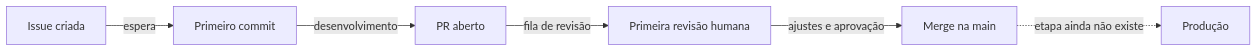
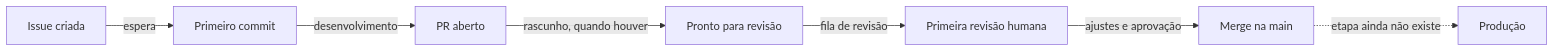
Before and after one commit to Pedrooarj/projeto-nativas: the diagram in docs/rascunhos/fluxo-de-valor.md, drawn with Mermaid. The commit also changed other lines of this file and 5 other files, not shown here.

````diff
--- a/docs/rascunhos/fluxo-de-valor.md
+++ b/docs/rascunhos/fluxo-de-valor.md
@@ -10,8 +10,9 @@
 ```mermaid
 flowchart LR
   A[Issue criada] -->|espera| B[Primeiro commit]
   B -->|desenvolvimento| C[PR aberto]
-  C -->|fila de revisão| D[Primeira revisão humana]
+  C -->|rascunho, quando houver| R[Pronto para revisão]
+  R -->|fila de revisão| D[Primeira revisão humana]
   D -->|ajustes e aprovação| E[Merge na main]
   E -.->|etapa ainda não existe| F[Produção]
 ```
````
